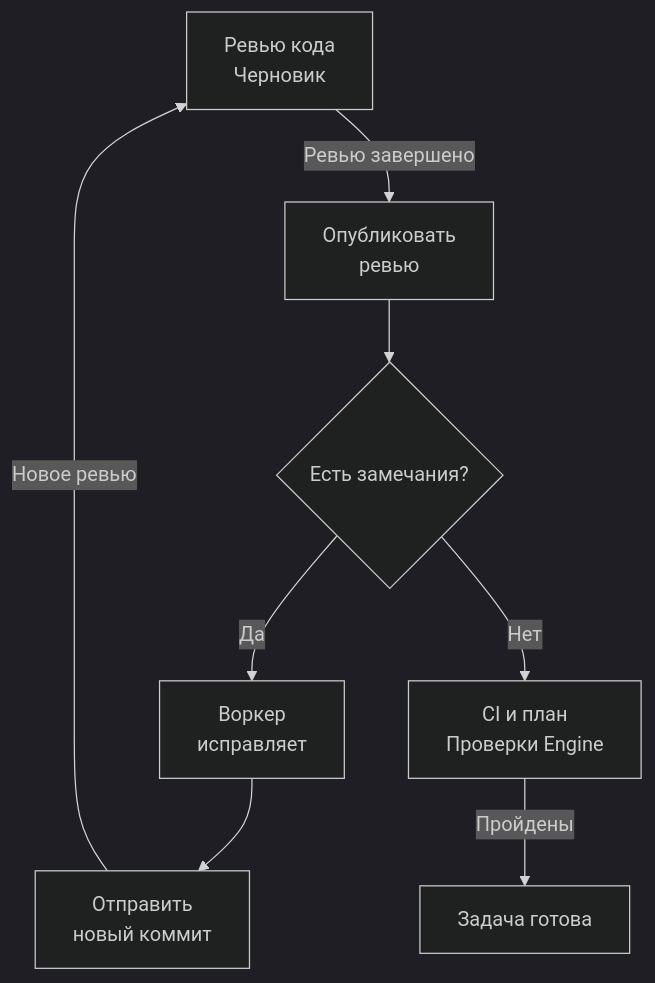
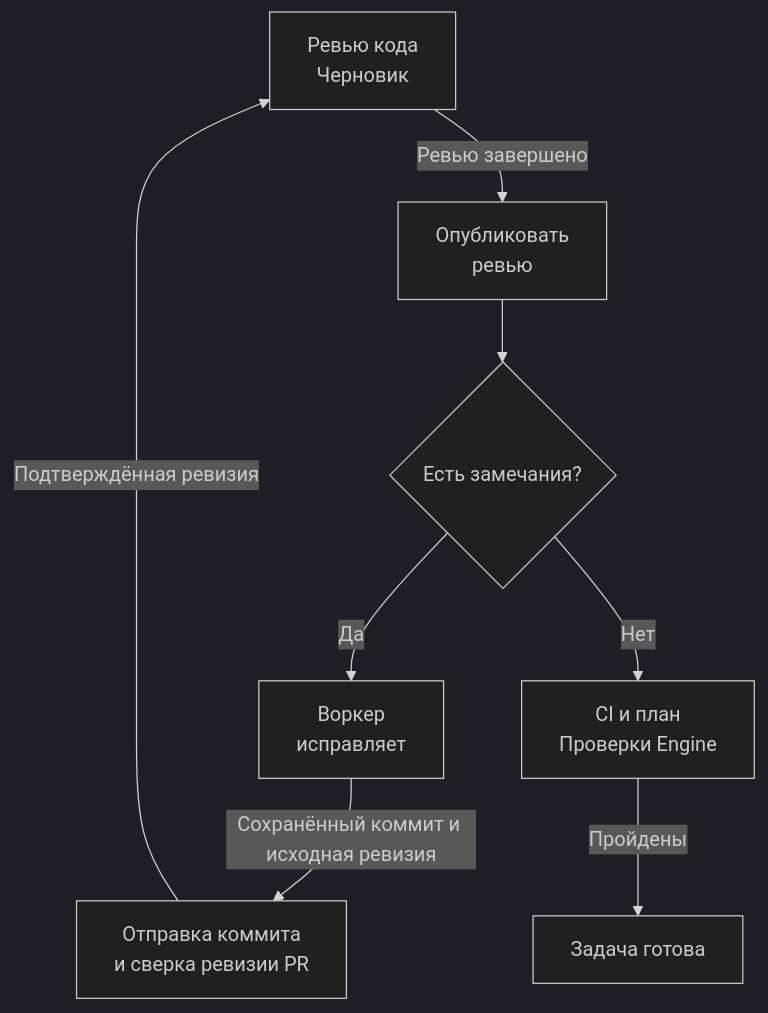
One commit to heesooyaam/daddyloop changed the sixth of 8 diagrams in docs/architecture/ru.md. Above: the diagram before and after it, drawn with Mermaid (dark theme). The commit also changed other lines of this file and 9 other files, not shown here.

````diff
--- a/docs/architecture/ru.md
+++ b/docs/architecture/ru.md
@@ -162,10 +162,10 @@
 ```mermaid
 flowchart TB
     R["Ревью кода<br/>Черновик"] -->|"Ревью завершено"| P["Опубликовать<br/>ревью"]
     P --> Q{"Есть замечания?"}
     Q -->|"Да"| F["Воркер<br/>исправляет"]
-    F --> H["Отправить<br/>новый коммит"]
-    H -->|"Новое ревью"| R
+    F -->|"Сохранённый коммит и исходная ревизия"| H["Отправка коммита<br/>и сверка ревизии PR"]
+    H -->|"Подтверждённая ревизия"| R
     Q -->|"Нет"| C["CI и план<br/>Проверки Engine"]
     C -->|"Пройдены"| E["Задача готова"]
 ```
````
